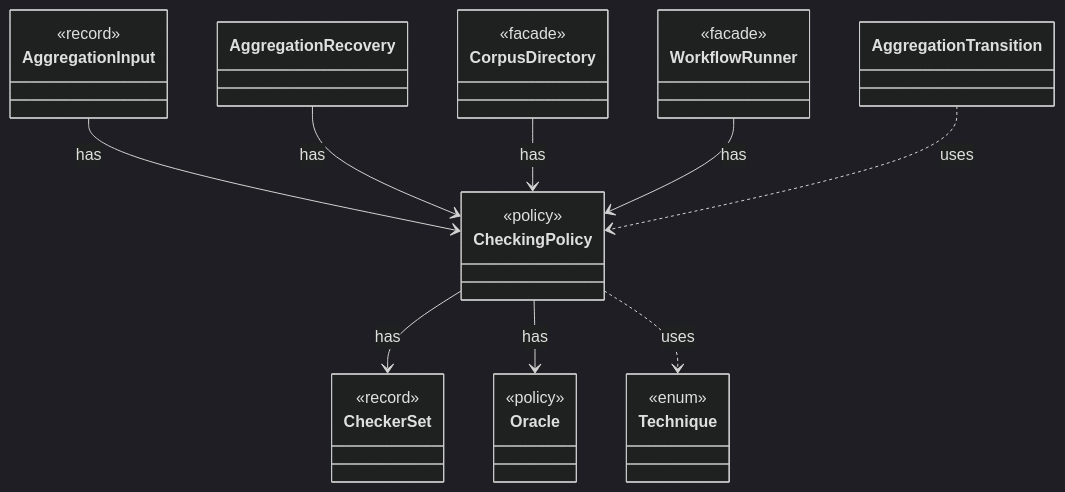
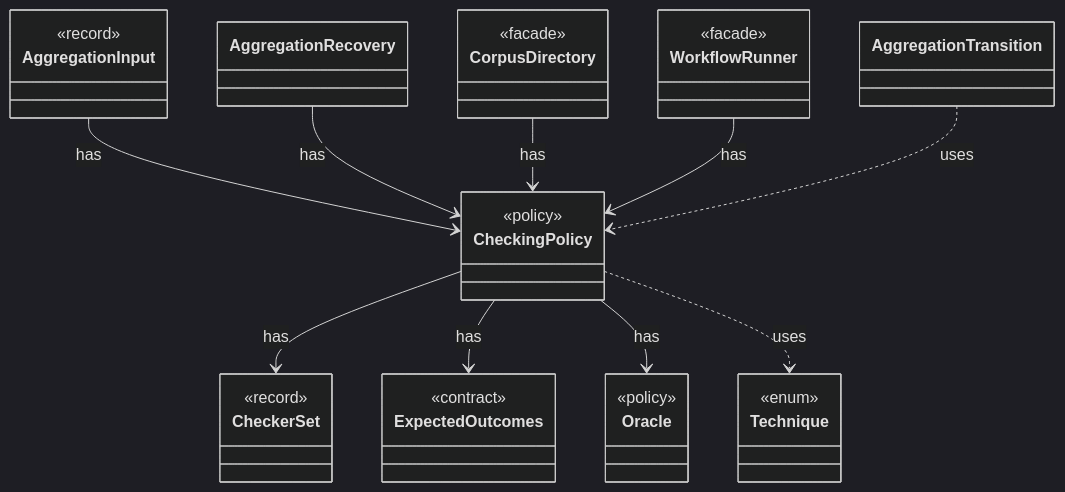
The diagram in dev/types/io.github.tlaplus.hardening.corpus.CheckingPolicy.md (tlaplus/model-checker-hardening), drawn with Mermaid (dark theme) before and after one commit. The commit also changed other lines of this file and 401 other files, not shown here.

````diff
--- a/dev/types/io.github.tlaplus.hardening.corpus.CheckingPolicy.md
+++ b/dev/types/io.github.tlaplus.hardening.corpus.CheckingPolicy.md
@@ -7,34 +7,38 @@
 ```mermaid
 classDiagram
   class CheckingPolicy {
     <<policy>>
   }
   class CheckerSet {
     <<record>>
+  }
+  class ExpectedOutcomes {
+    <<contract>>
   }
   class Oracle {
     <<policy>>
   }
   class AggregationInput {
     <<record>>
   }
   class AggregationRecovery
   class CorpusDirectory {
     <<facade>>
   }
   class WorkflowRunner {
     <<facade>>
   }
   class Technique {
     <<enum>>
   }
   class AggregationTransition
   CheckingPolicy --> CheckerSet : has
+  CheckingPolicy --> ExpectedOutcomes : has
   CheckingPolicy --> Oracle : has
   AggregationInput --> CheckingPolicy : has
   AggregationRecovery --> CheckingPolicy : has
   CorpusDirectory --> CheckingPolicy : has
   WorkflowRunner --> CheckingPolicy : has
   CheckingPolicy ..> Technique : uses
   AggregationTransition ..> CheckingPolicy : uses
 ```
````
